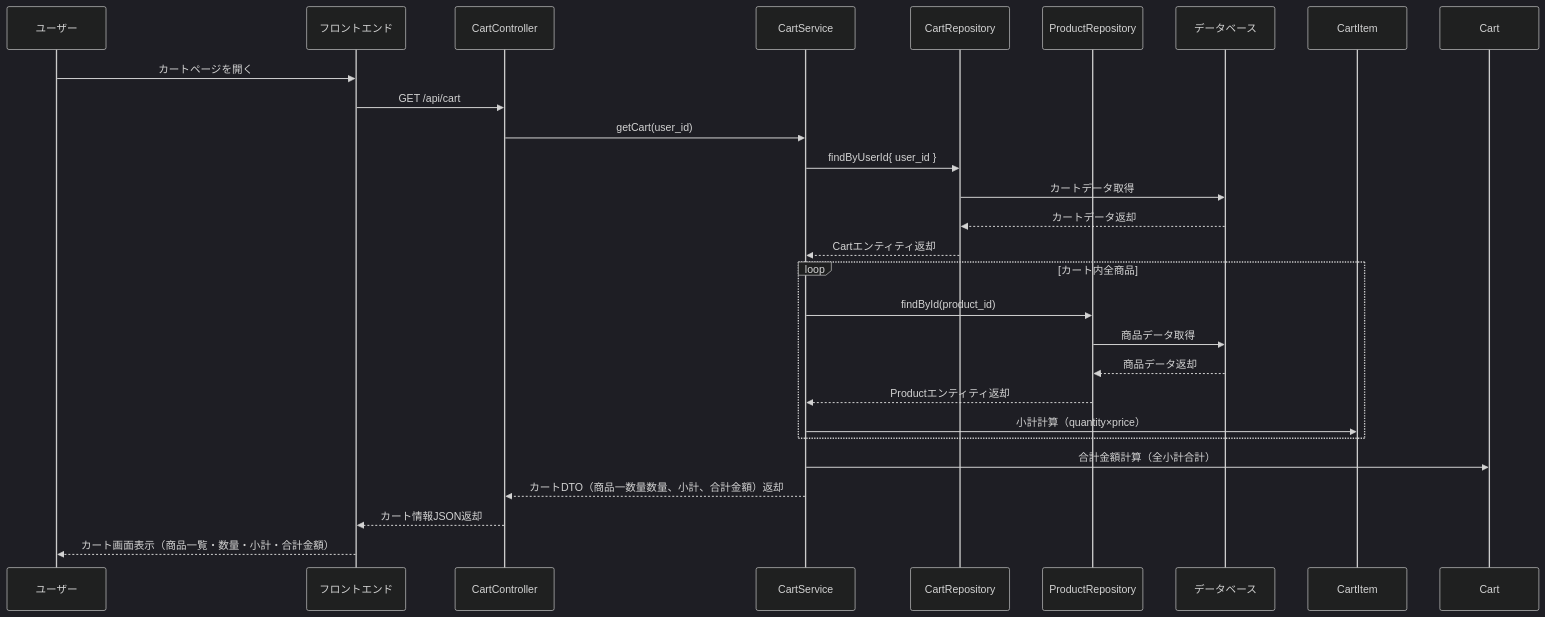
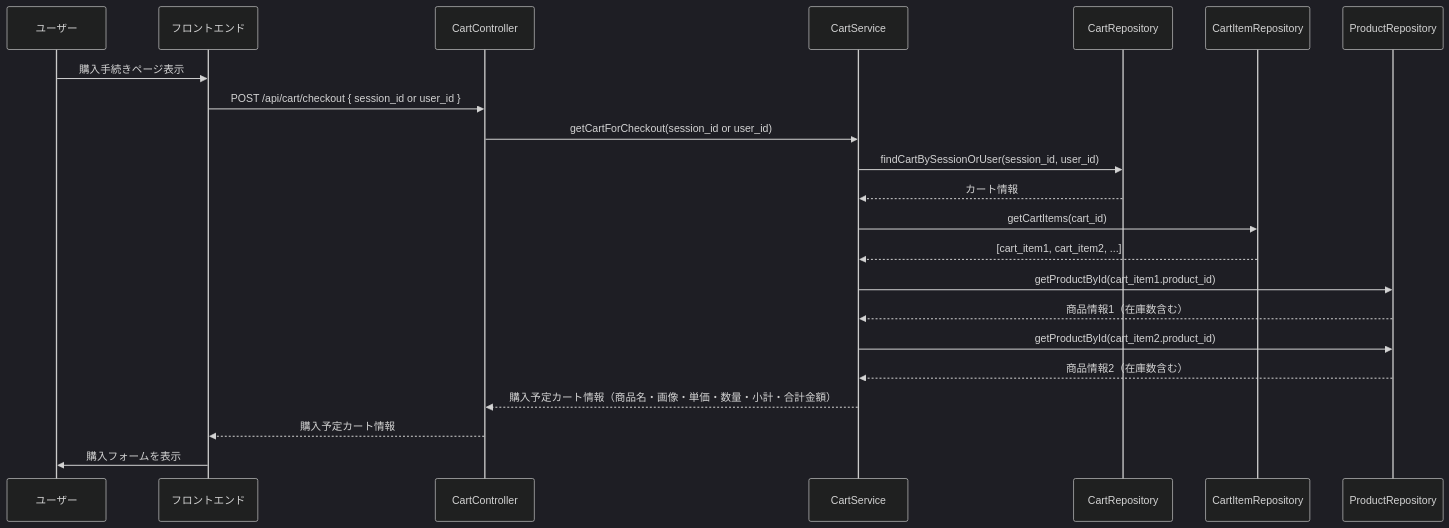
Before and after one commit to Aoi-Yaegashi/teamF: the seventh of 32 diagrams in 詳細設計/担当B_村田/3.2 機能詳細.md, drawn with Mermaid (dark theme). The commit also changed other lines of this file and 1 other file, not shown here.

Commit message:
必須機能のシーケンス図更新

```diff
--- a/詳細設計/担当B_村田/3.2 機能詳細.md
+++ b/詳細設計/担当B_村田/3.2 機能詳細.md
@@ -176,29 +324,46 @@
 <div class="mermaid">
 sequenceDiagram
     participant User as ユーザー
-    participant Browser as フロントエンド
-    participant CartController as CartController
-    participant CartService as CartService
+    participant FE as フロントエンド
+    participant CartC as CartController
+    participant CartS as CartService
     participant CartRepo as CartRepository
-    participant ProductRepo as ProductRepository
-    participant DB as データベース
+    participant CartItemRepo as CartItemRepository
+    participant ProdRepo as ProductRepository
 
-    User->>Browser: カートページを開く
-    Browser->>CartController: GET /api/cart
-    CartController->>CartService: getCart(user_id)
-    CartService->>CartRepo: findByUserId{ user_id }
-    CartRepo->>DB: カートデータ取得
-    DB-->>CartRepo: カートデータ返却
-    CartRepo-->>CartService: Cartエンティティ返却
-    loop カート内全商品
-        CartService->>ProductRepo: findById(product_id)
-        ProductRepo->>DB: 商品データ取得
-        DB-->>ProductRepo: 商品データ返却
-        ProductRepo-->>CartService: Productエンティティ返却
-        CartService->>CartItem: 小計計算（quantity×price）
-    end
-    CartService->>Cart: 合計金額計算（全小計合計）
-    CartService-->>CartController: カートDTO（商品一数量数量、小計、合計金額）返却
-    CartController-->>Browser: カート情報JSON返却
-    Browser-->>User: カート画面表示（商品一覧・数量・小計・合計金額）
+    %% ユーザーが「購入手続き」ページを表示
+    User->>FE: 購入手続きページ表示
+
+    %% フロントエンドがAPI呼び出し
+    FE->>CartC: POST /api/cart/checkout { session_id or user_id }
+
+    %% コントローラがサービスに処理を依頼
+    CartC->>CartS: getCartForCheckout(session_id or user_id)
+
+    %% サービスがカート情報を取得
+    CartS->>CartRepo: findCartBySessionOrUser(session_id, user_id)
+    CartRepo-->>CartS: カート情報
+
+    %% サービスがカートアイテム一覧を取得
+    CartS->>CartItemRepo: getCartItems(cart_id)
+    CartItemRepo-->>CartS: [cart_item1, cart_item2, ...]
+
+    %% サービスが1つめのカートアイテムの商品情報を取得し在庫チェック
+    CartS->>ProdRepo: getProductById(cart_item1.product_id)
+    ProdRepo-->>CartS: 商品情報1（在庫数含む）
+
+    %% サービスが2つめのカートアイテムの商品情報を取得し在庫チェック
+    CartS->>ProdRepo: getProductById(cart_item2.product_id)
+    ProdRepo-->>CartS: 商品情報2（在庫数含む）
+
+    %% （カートアイテムがさらにあれば同様に記述）
+
+    %% 在庫OKの場合、購入予定カート情報をまとめて返却
+    CartS-->>CartC: 購入予定カート情報（商品名・画像・単価・数量・小計・合計金額）
+
+    %% コントローラがフロントエンドに返却
+    CartC-->>FE: 購入予定カート情報
+
+    %% フロントエンドが購入フォームを表示
+    FE->>User: 購入フォームを表示
 </div>
```
